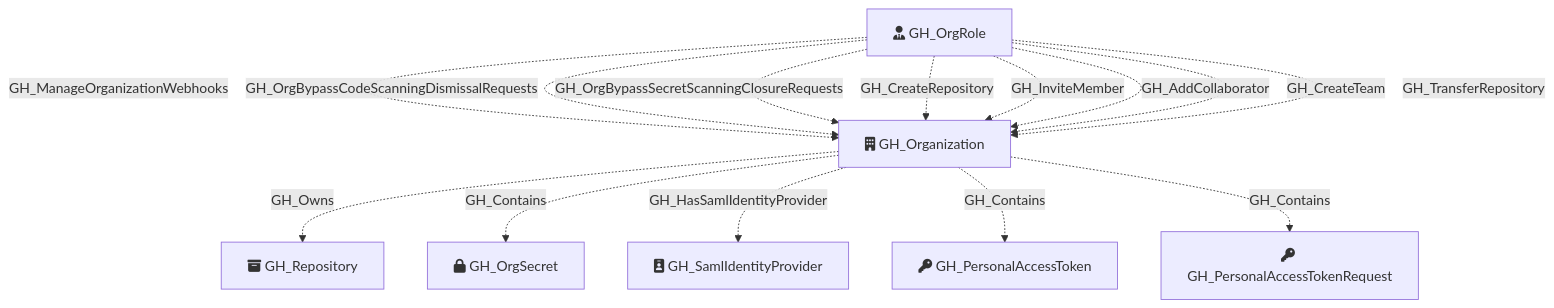
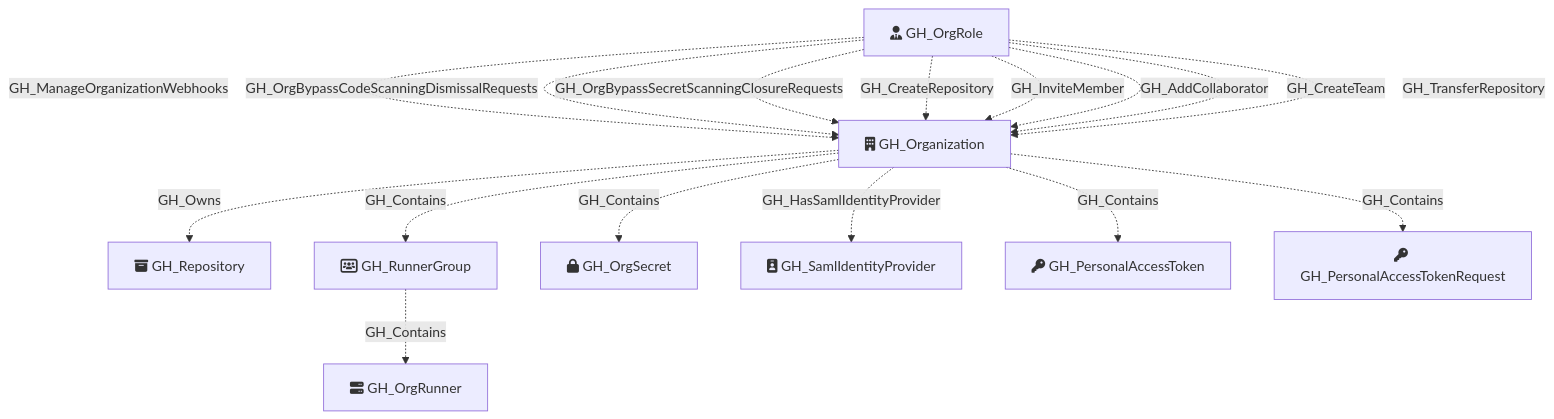
Before and after one commit to SpecterOps/GitHound: the diagram in Documentation/NodeDescriptions/GH_Organization.md, drawn with Mermaid. The commit also changed other lines of this file and 12 other files, not shown here.

````diff
--- a/Documentation/NodeDescriptions/GH_Organization.md
+++ b/Documentation/NodeDescriptions/GH_Organization.md
@@ -73,27 +75,31 @@
 ```mermaid
 flowchart TD
     GH_Organization[fa:fa-building GH_Organization]
     GH_Repository[fa:fa-box-archive GH_Repository]
+    GH_RunnerGroup[fa:fa-users-rectangle GH_RunnerGroup]
+    GH_OrgRunner[fa:fa-server GH_OrgRunner]
     GH_OrgSecret[fa:fa-lock GH_OrgSecret]
     GH_SamlIdentityProvider[fa:fa-id-badge GH_SamlIdentityProvider]
     GH_OrgRole[fa:fa-user-tie GH_OrgRole]
 
 
     GH_Organization -.->|GH_Owns| GH_Repository
     GH_PersonalAccessToken[fa:fa-key GH_PersonalAccessToken]
     GH_PersonalAccessTokenRequest[fa:fa-key GH_PersonalAccessTokenRequest]
 
 
     GH_Organization -.->|GH_Contains| GH_OrgSecret
+    GH_Organization -.->|GH_Contains| GH_RunnerGroup
+    GH_RunnerGroup -.->|GH_Contains| GH_OrgRunner
     GH_Organization -.->|GH_HasSamlIdentityProvider| GH_SamlIdentityProvider
     GH_Organization -.->|GH_Contains| GH_PersonalAccessToken
     GH_Organization -.->|GH_Contains| GH_PersonalAccessTokenRequest
     GH_OrgRole -.->|GH_ManageOrganizationWebhooks| GH_Organization
     GH_OrgRole -.->|GH_OrgBypassCodeScanningDismissalRequests| GH_Organization
     GH_OrgRole -.->|GH_OrgBypassSecretScanningClosureRequests| GH_Organization
     GH_OrgRole -.->|GH_CreateRepository| GH_Organization
     GH_OrgRole -.->|GH_InviteMember| GH_Organization
     GH_OrgRole -.->|GH_AddCollaborator| GH_Organization
     GH_OrgRole -.->|GH_CreateTeam| GH_Organization
     GH_OrgRole -.->|GH_TransferRepository| GH_Organization
 ```
````
